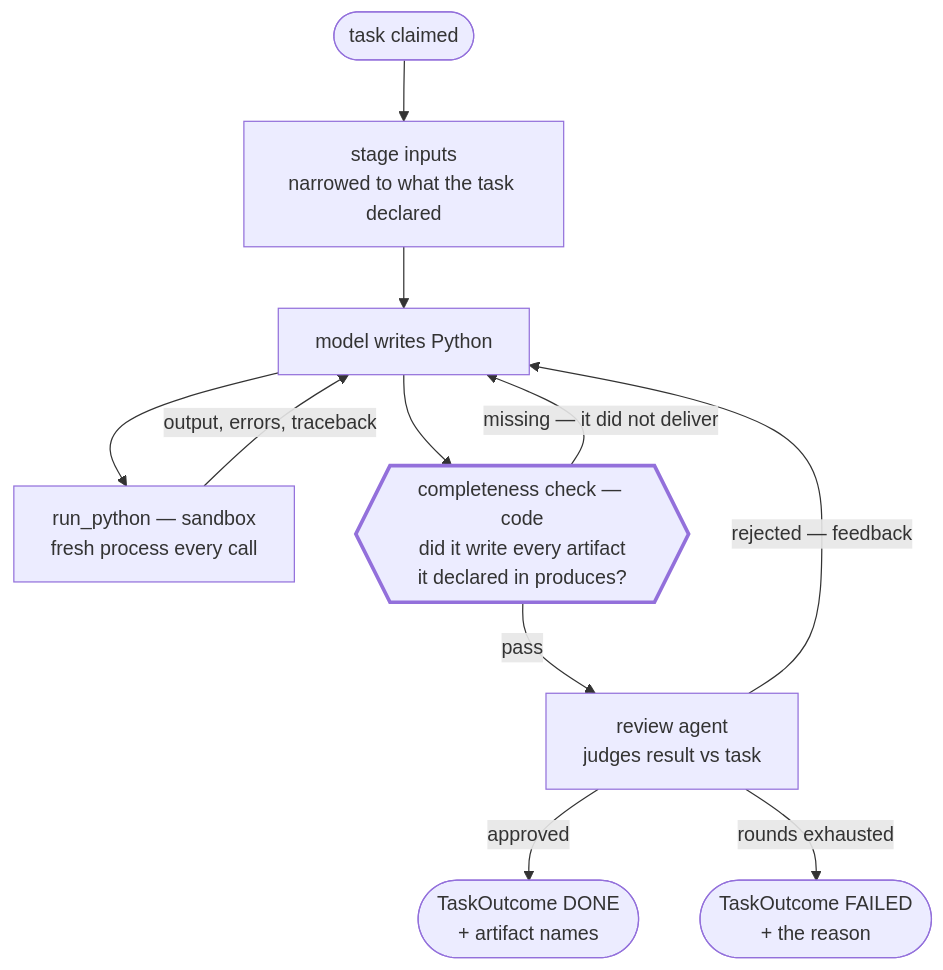
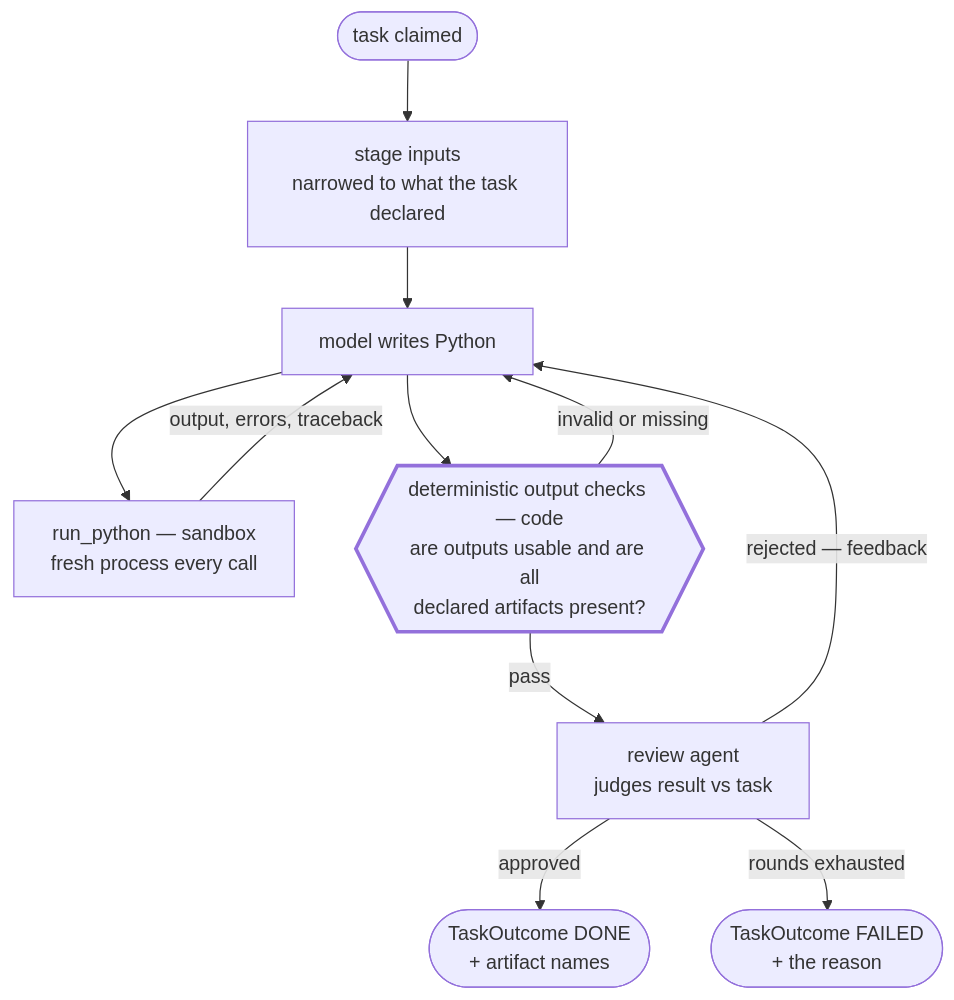
Diagram 11 of 15 in DESIGN.md (ebrahimAlhaddad/agentics-multi-agent-system), drawn with Mermaid before and after one commit. The commit also changed other lines of this file and 2 other files, not shown here.

````diff
--- a/DESIGN.md
+++ b/DESIGN.md
@@ -683,15 +691,15 @@
 ```mermaid
 flowchart TB
   S(["task claimed"]) --> ST["stage inputs<br/>narrowed to what the task declared"]
   ST --> W["model writes Python"]
   W --> R["run_python — sandbox<br/>fresh process every call"]
   R -->|"output, errors, traceback"| W
-  W --> G{{"completeness check — code<br/>did it write every artifact<br/>it declared in produces?"}}
-  G -->|"missing — it did not deliver"| W
+  W --> G{{"deterministic output checks — code<br/>are outputs usable and are all<br/>declared artifacts present?"}}
+  G -->|"invalid or missing"| W
   G -->|pass| RV["review agent<br/>judges result vs task"]
   RV -->|"rejected — feedback"| W
   RV -->|approved| E(["TaskOutcome DONE<br/>+ artifact names"])
   RV -->|"rounds exhausted"| F(["TaskOutcome FAILED<br/>+ the reason"])
 
   style G stroke-width:3px
 ```
````
